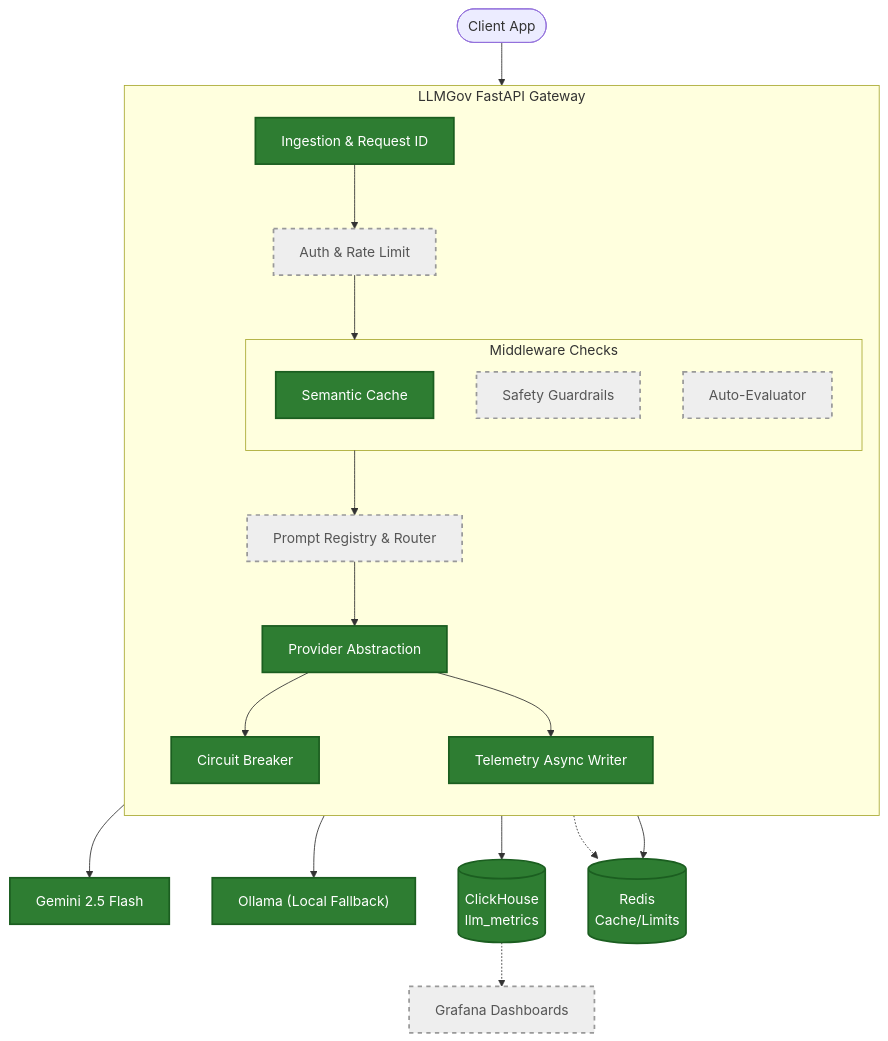
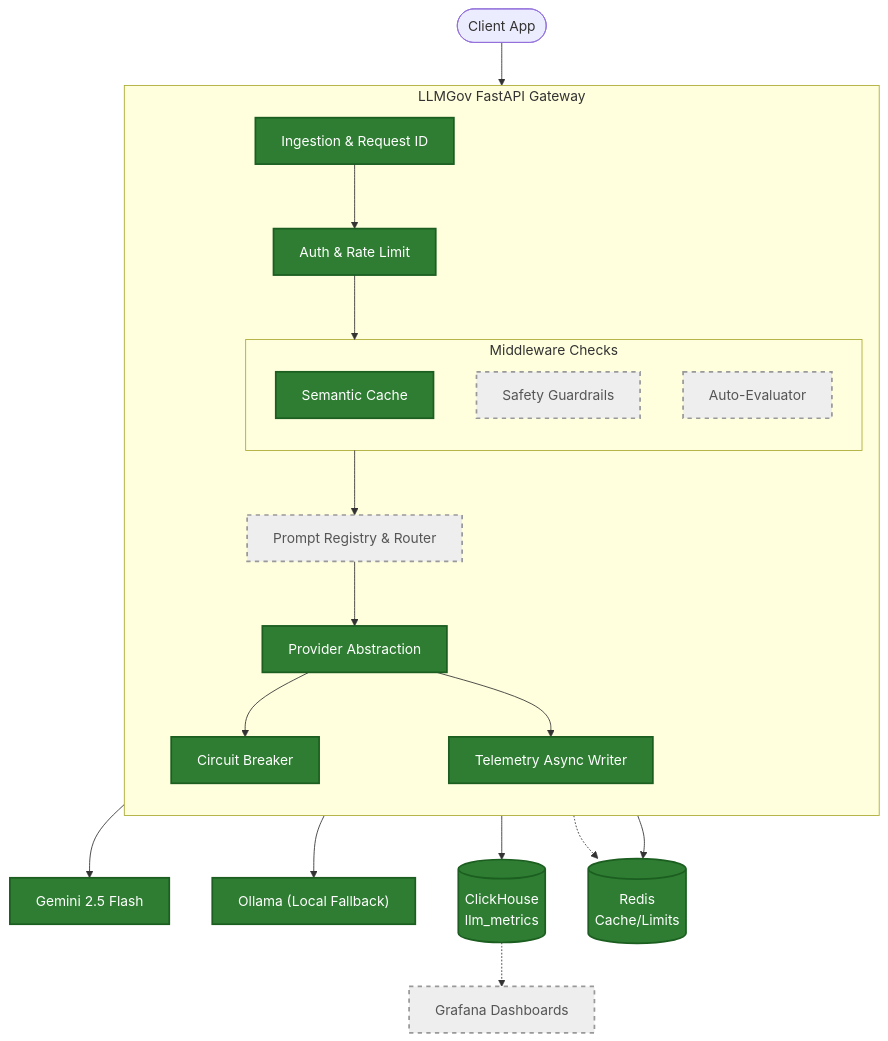
One commit to LeviAckermanZ9/LLMGov changed the diagram in README.md. Above: the diagram before and after it, drawn with Mermaid. The commit also changed other lines of this file, not shown here.

Commit message:
docs: audit and update README to reflect live Auth & Rate Limiting

````diff
--- a/README.md
+++ b/README.md
@@ -27,52 +27,52 @@
 ```mermaid
 flowchart TD
     %% Define Styles
     classDef built fill:#2e7d32,stroke:#1b5e20,stroke-width:2px,color:white;
     classDef partial fill:#fb8c00,stroke:#e65100,stroke-width:4px,color:white;
     classDef planned fill:#eeeeee,stroke:#999999,stroke-width:2px,stroke-dasharray: 5 5,color:#555555;
 
     Client(["Client App"]) --> Gateway
     
     subgraph Gateway ["LLMGov FastAPI Gateway"]
         direction TB
         Ingest["Ingestion & Request ID"]:::built
-        Auth["Auth & Rate Limit"]:::planned
+        Auth["Auth & Rate Limit"]:::built
         
         Ingest --> Auth
         
         subgraph Interceptors ["Middleware Checks"]
             Cache["Semantic Cache"]:::built
             Guard["Safety Guardrails"]:::planned
             Eval["Auto-Evaluator"]:::planned
         end
         
         Auth --> Interceptors
         
         Registry["Prompt Registry & Router"]:::planned
         Interceptors --> Registry
         
         ProviderAbstraction["Provider Abstraction"]:::built
         Registry --> ProviderAbstraction
         
         CircuitBreaker["Circuit Breaker"]:::built
         ProviderAbstraction --> CircuitBreaker
         
         Telemetry["Telemetry Async Writer"]:::built
         ProviderAbstraction --> Telemetry
     end
     
     PrimaryProvider["Gemini 2.5 Flash"]:::built
     FallbackProvider["Ollama (Local Fallback)"]:::built
     
     CH[("ClickHouse\nllm_metrics")]:::built
     Redis[("Redis\nCache/Limits")]:::built
     
     CircuitBreaker --> PrimaryProvider
     CircuitBreaker --> FallbackProvider
     Telemetry --> CH
     Auth -.-> Redis
     Cache --> Redis
     
     Grafana["Grafana Dashboards"]:::planned
     CH -.-> Grafana
 ```
````
